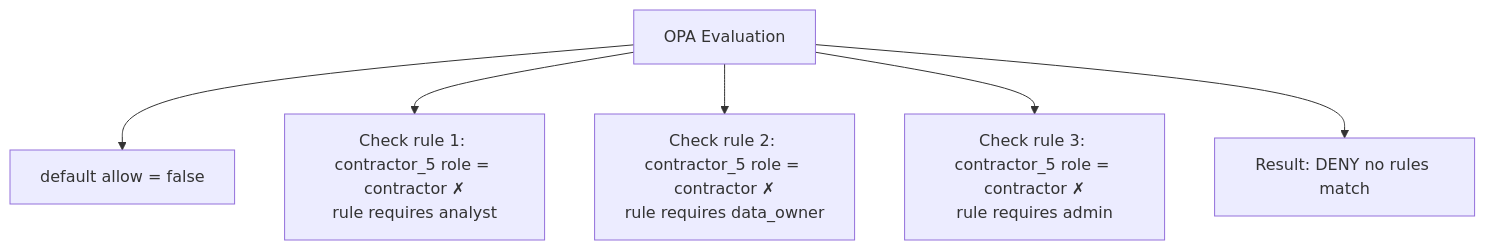
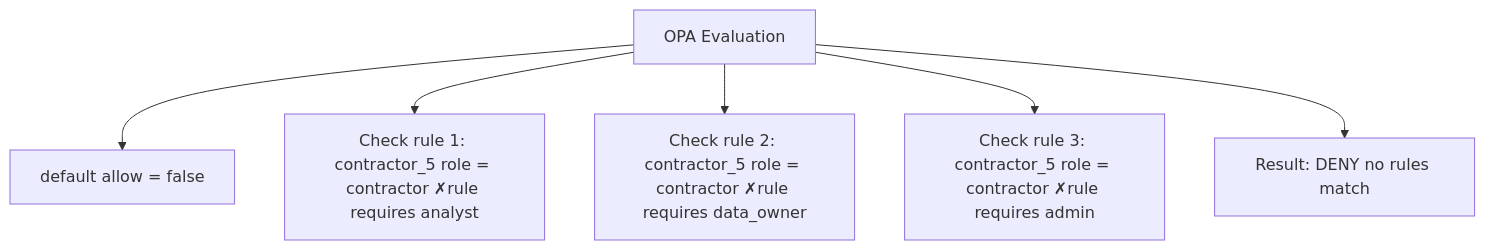
One commit to naren-chakraview/chakraview-fintech-data-mesh changed the second of 5 diagrams in docs/platform/governance.md. Above: the diagram before and after it, drawn with Mermaid. The commit also changed other lines of this file and 9 other files, not shown here.

Commit message:
fix: remove HTML br tags from mermaid diagrams and fix diagram syntax for v11 compatibility

````diff
--- a/docs/platform/governance.md
+++ b/docs/platform/governance.md
@@ -70,9 +70,9 @@
 ```mermaid
 graph TD
     B["OPA Evaluation"]
     B --> B1["default allow = false"]
-    B --> B2["Check rule 1: contractor_5 role = contractor ✗<br/>rule requires analyst"]
-    B --> B3["Check rule 2: contractor_5 role = contractor ✗<br/>rule requires data_owner"]
-    B --> B4["Check rule 3: contractor_5 role = contractor ✗<br/>rule requires admin"]
+    B --> B2["Check rule 1: contractor_5 role = contractor ✗rule requires analyst"]
+    B --> B3["Check rule 2: contractor_5 role = contractor ✗rule requires data_owner"]
+    B --> B4["Check rule 3: contractor_5 role = contractor ✗rule requires admin"]
     B --> B5["Result: DENY no rules match"]
 ```
````
